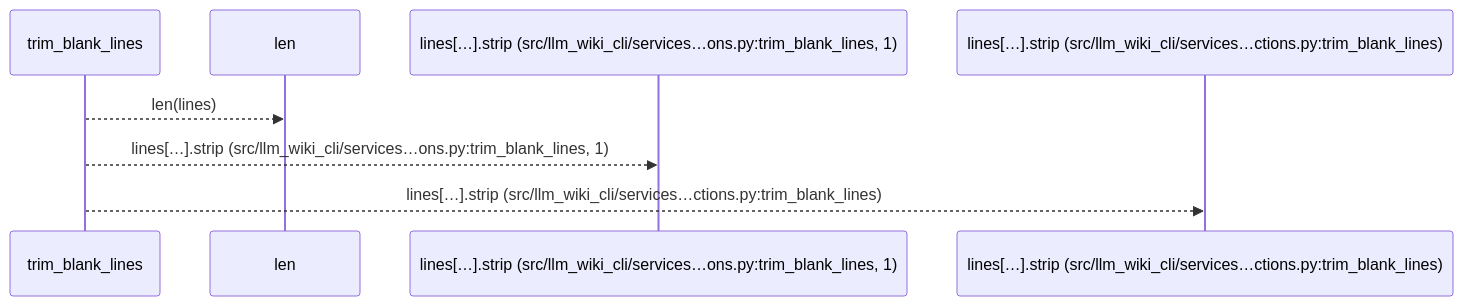
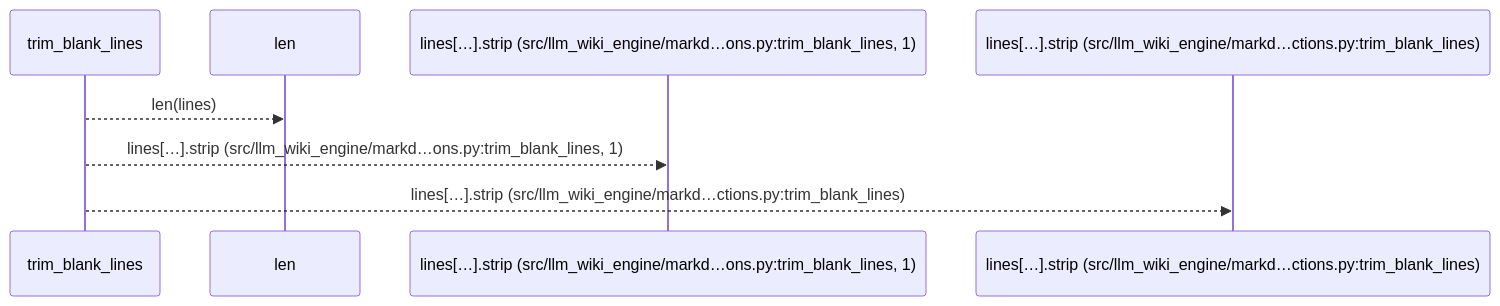
One commit to Denissvgn/python-wiki-llm changed the first of 2 diagrams in docs/llm_wiki/flows/api-trim_blank_lines.md. Above: the diagram before and after it, drawn with Mermaid. The commit also changed other lines of this file and 1103 other files, not shown here.

First line of the commit message:
docs: refresh the wiki for the llm-wiki-engine distribution

````diff
--- a/docs/llm_wiki/flows/api-trim_blank_lines.md
+++ b/docs/llm_wiki/flows/api-trim_blank_lines.md
@@ -12,10 +12,10 @@
 ```mermaid
 sequenceDiagram
     participant p0 as trim_blank_lines
     participant p1 as len
-    participant p2 as lines[…].strip (src/llm_wiki_cli/services…ons.py:trim_blank_lines, 1)
-    participant p3 as lines[…].strip (src/llm_wiki_cli/services…ctions.py:trim_blank_lines)
+    participant p2 as lines[…].strip (src/llm_wiki_engine/markd…ons.py:trim_blank_lines, 1)
+    participant p3 as lines[…].strip (src/llm_wiki_engine/markd…ctions.py:trim_blank_lines)
     p0-->>p1: len(lines)
-    p0-->>p2: lines[…].strip (src/llm_wiki_cli/services…ons.py:trim_blank_lines, 1)
-    p0-->>p3: lines[…].strip (src/llm_wiki_cli/services…ctions.py:trim_blank_lines)
+    p0-->>p2: lines[…].strip (src/llm_wiki_engine/markd…ons.py:trim_blank_lines, 1)
+    p0-->>p3: lines[…].strip (src/llm_wiki_engine/markd…ctions.py:trim_blank_lines)
 ```
````
